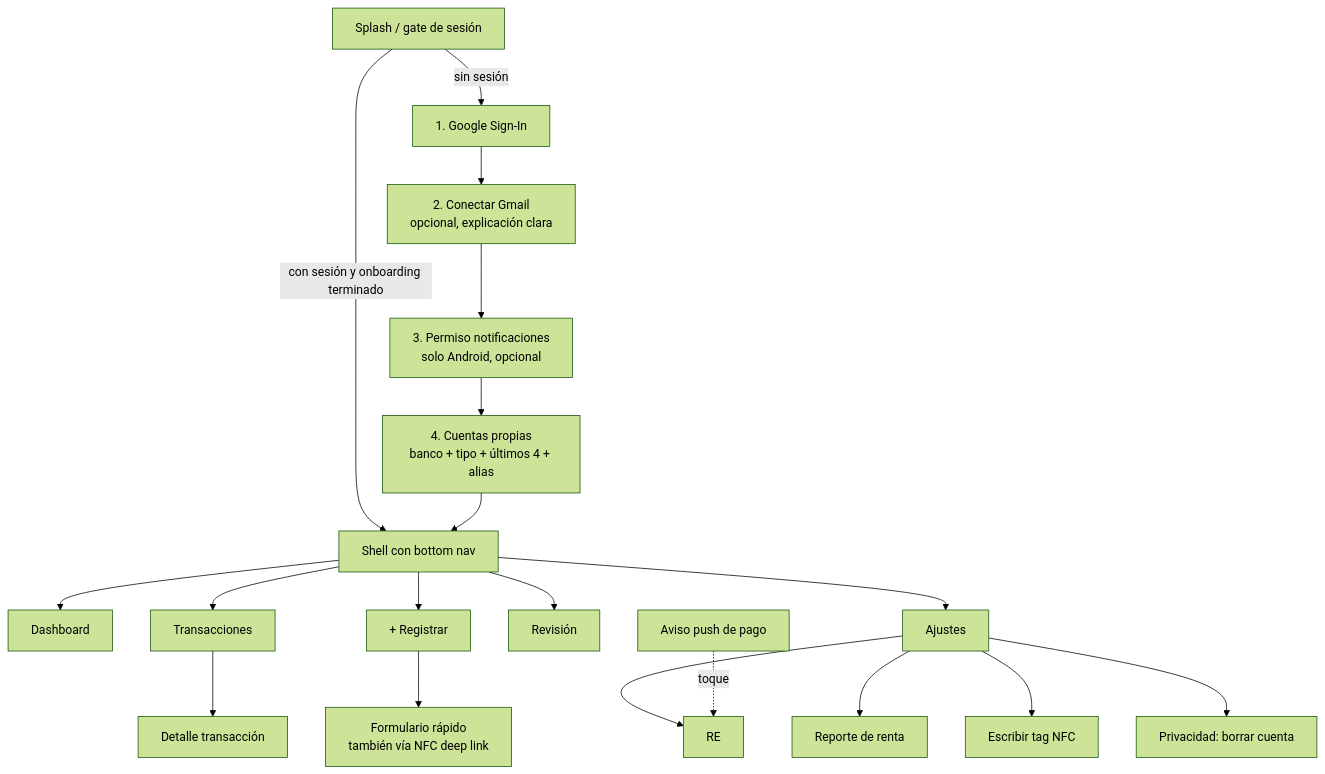
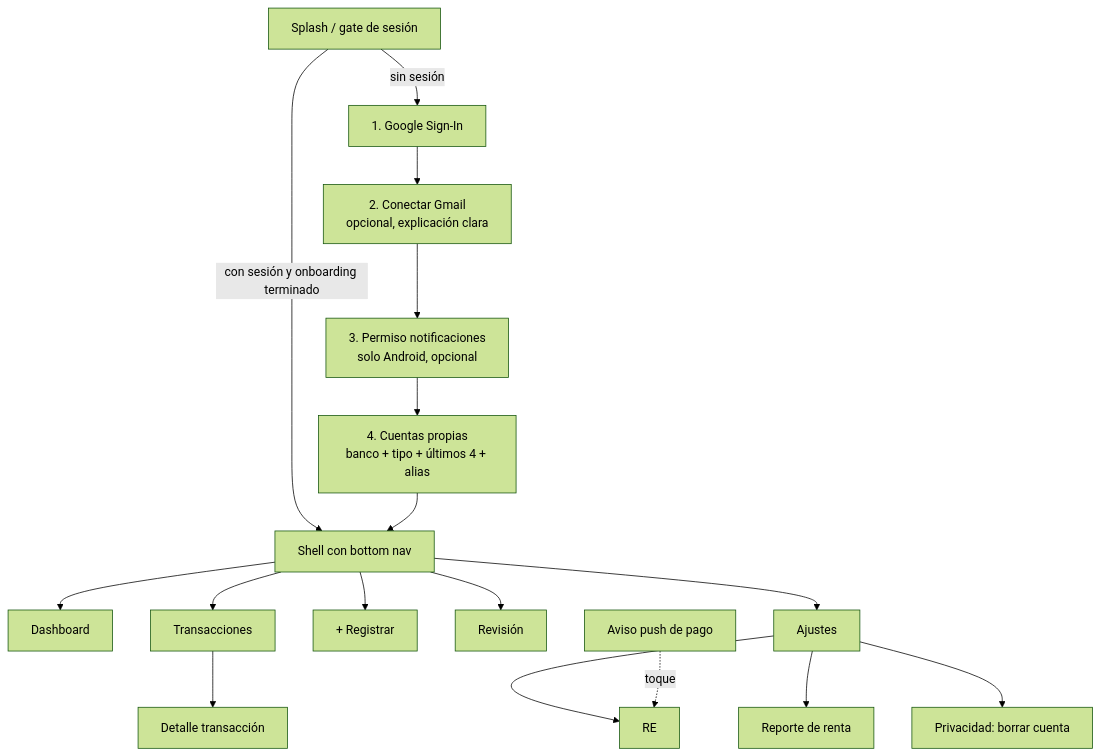
Before and after one commit to CristianmMst/luka: the diagram in docs/specs/008-app-flutter/spec.md, drawn with Mermaid (forest theme). The commit also changed other lines of this file and 89 other files, not shown here.

````diff
--- a/docs/specs/008-app-flutter/spec.md
+++ b/docs/specs/008-app-flutter/spec.md
@@ -9,23 +9,21 @@
 ```mermaid
 flowchart TD
     SPLASH[Splash / gate de sesión] -->|sin sesión| G[1. Google Sign-In]
     SPLASH -->|con sesión y onboarding terminado| HOME
     G --> GM[2. Conectar Gmail<br/>opcional, explicación clara]
     GM --> NP[3. Permiso notificaciones<br/>solo Android, opcional]
     NP --> ACC[4. Cuentas propias<br/>banco + tipo + últimos 4 + alias]
     ACC --> HOME
 
     HOME[Shell con bottom nav] --> D[Dashboard]
     HOME --> TX[Transacciones]
     HOME --> ADD[+ Registrar]
     HOME --> RV[Revisión]
     HOME --> ST[Ajustes]
 
     TX --> TXD[Detalle transacción]
     ST --> RE
     PUSH[Aviso push de pago] -.->|toque| RE
-    ADD --> QA[Formulario rápido<br/>también vía NFC deep link]
     ST --> FR[Reporte de renta]
-    ST --> NFCW[Escribir tag NFC]
     ST --> PRIV[Privacidad: borrar cuenta]
 ```
````
